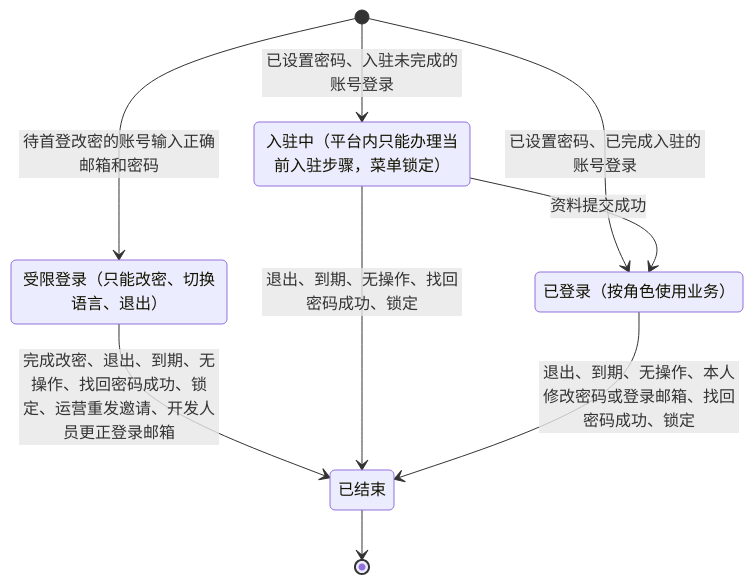
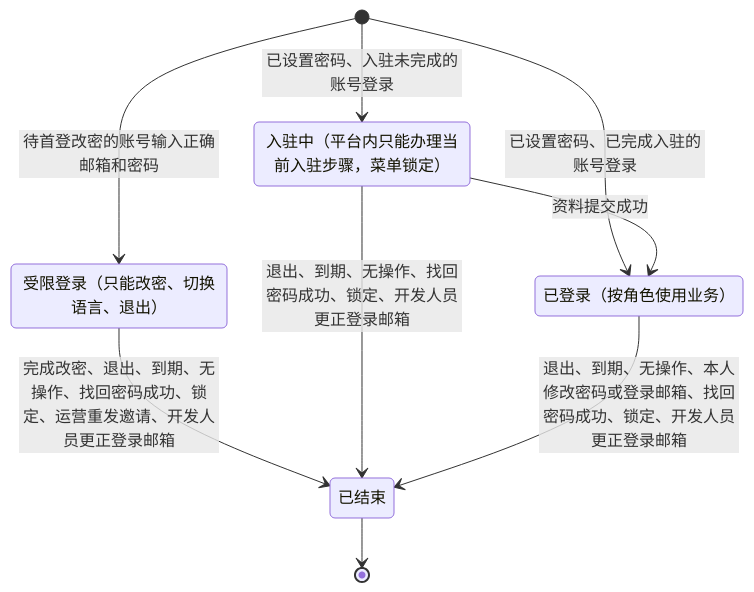
Before and after one commit to wxblockchain/Chain-Financing: diagram 11 of 11 in asset-trust-platform/PRD/企业端/M1-企业登录与首次入驻/02-企业登录与首次入驻-流程图与状态机.md, drawn with Mermaid. The commit also changed other lines of this file and 4 other files, not shown here.

````diff
--- a/asset-trust-platform/PRD/企业端/M1-企业登录与首次入驻/02-企业登录与首次入驻-流程图与状态机.md
+++ b/asset-trust-platform/PRD/企业端/M1-企业登录与首次入驻/02-企业登录与首次入驻-流程图与状态机.md
@@ -277,15 +277,15 @@
 ```mermaid
 stateDiagram-v2
     state "受限登录（只能改密、切换语言、退出）" as R
     state "入驻中（平台内只能办理当前入驻步骤，菜单锁定）" as O
     state "已登录（按角色使用业务）" as L
     state "已结束" as E
     [*] --> R: 待首登改密的账号输入正确邮箱和密码
     [*] --> O: 已设置密码、入驻未完成的账号登录
     [*] --> L: 已设置密码、已完成入驻的账号登录
     O --> L: 资料提交成功
     R --> E: 完成改密、退出、到期、无操作、找回密码成功、锁定、运营重发邀请、开发人员更正登录邮箱
-    O --> E: 退出、到期、无操作、找回密码成功、锁定
-    L --> E: 退出、到期、无操作、本人修改密码或登录邮箱、找回密码成功、锁定
+    O --> E: 退出、到期、无操作、找回密码成功、锁定、开发人员更正登录邮箱
+    L --> E: 退出、到期、无操作、本人修改密码或登录邮箱、找回密码成功、锁定、开发人员更正登录邮箱
     E --> [*]
 ```
````
